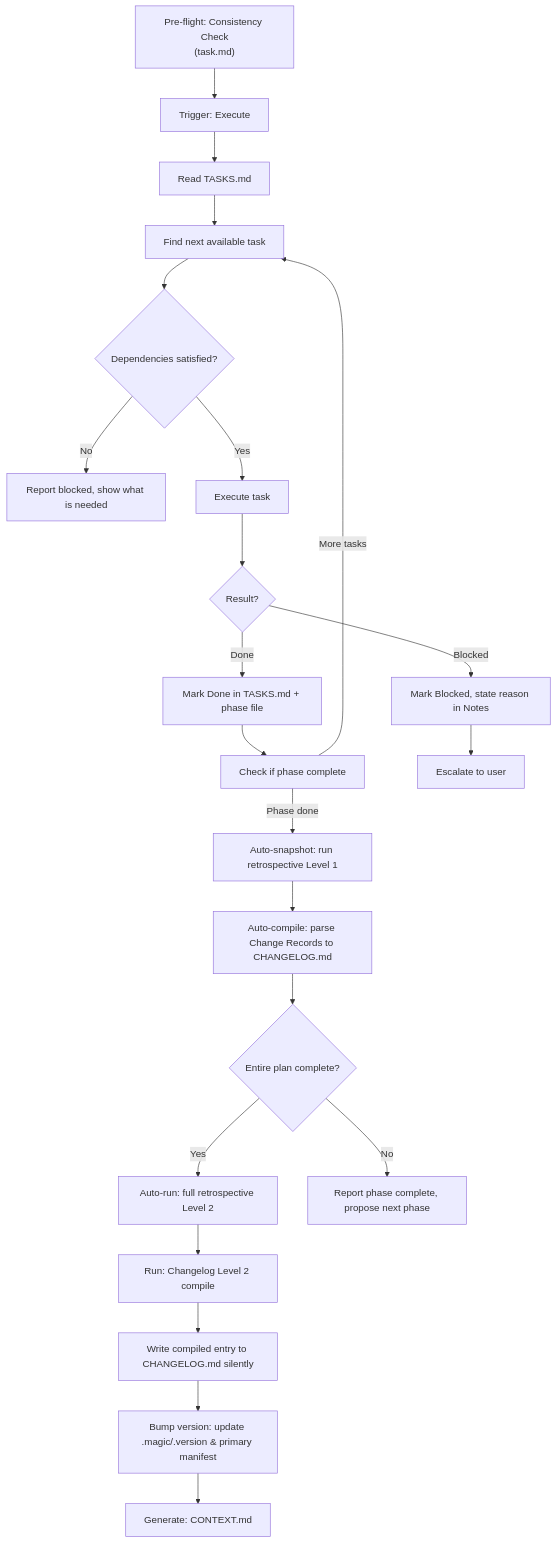
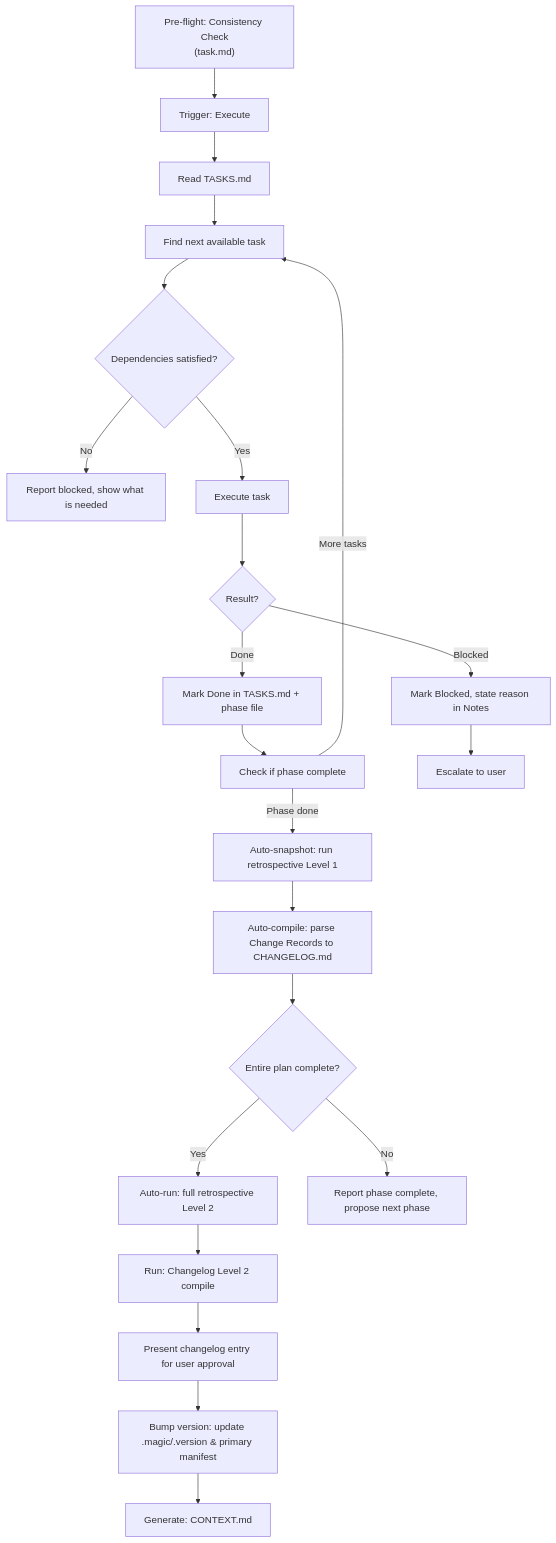
Before and after one commit to teratron/magic-spec: the first of 2 diagrams in .magic/run.md, drawn with Mermaid. The commit also changed other lines of this file and 1 other file, not shown here.

First line of the commit message:
feat(workflow): add changelog compilation, stalled phase handling, and parallel mode pre-flight

````diff
--- a/.magic/run.md
+++ b/.magic/run.md
@@ -67,24 +67,24 @@
 ```mermaid
 graph TD
     Z["Pre-flight: Consistency Check\n(task.md)"] --> A
     A[Trigger: Execute] --> B[Read TASKS.md]
     B --> C[Find next available task]
     C --> D{Dependencies satisfied?}
     D -->|No| E[Report blocked, show what is needed]
     D -->|Yes| F[Execute task]
     F --> G{Result?}
     G -->|Done| H[Mark Done in TASKS.md + phase file]
     G -->|Blocked| I[Mark Blocked, state reason in Notes]
     H --> J[Check if phase complete]
     J -->|Phase done| K[Auto-snapshot: run retrospective Level 1]
     K --> L1[Auto-compile: parse Change Records to CHANGELOG.md]
     L1 --> L{Entire plan complete?}
     L -->|Yes| M[Auto-run: full retrospective Level 2]
     M --> M1[Run: Changelog Level 2 compile]
-    M1 --> N1[Write compiled entry to CHANGELOG.md silently]
+    M1 --> N1[Present changelog entry for user approval]
     N1 --> N2[Bump version: update .magic/.version & primary manifest]
     N2 --> N3[Generate: CONTEXT.md]
     L -->|No| N[Report phase complete, propose next phase]
     J -->|More tasks| C
     I --> O[Escalate to user]
 ```
````
